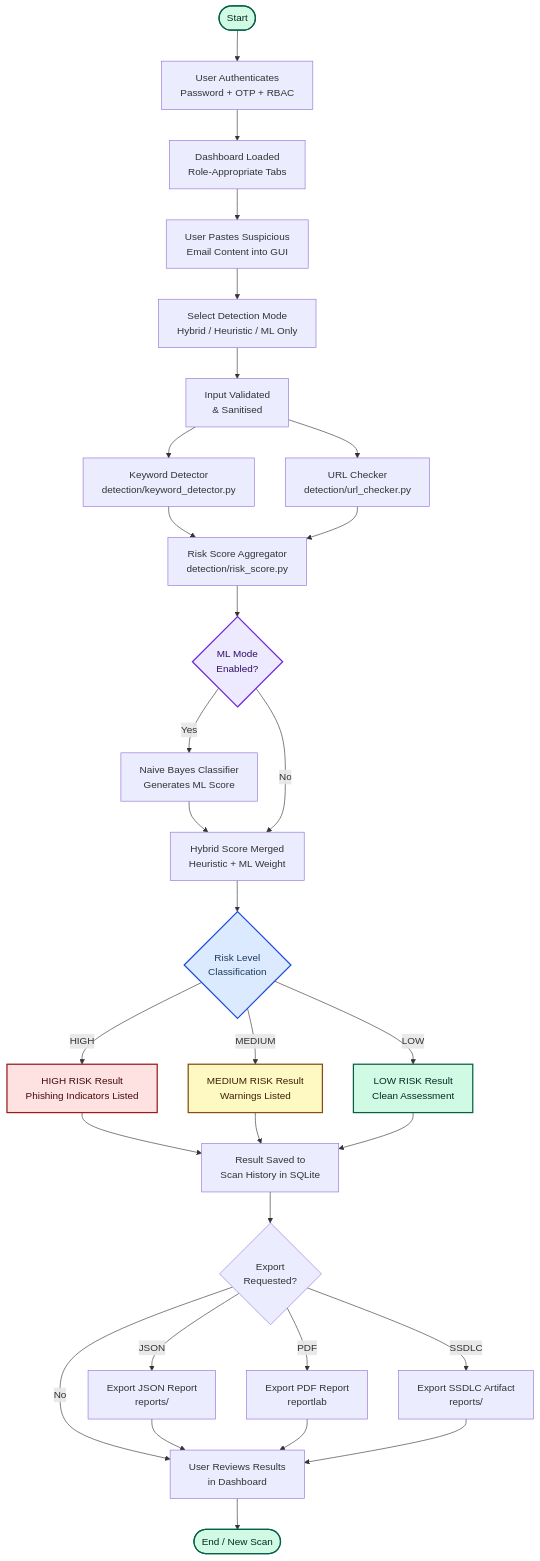
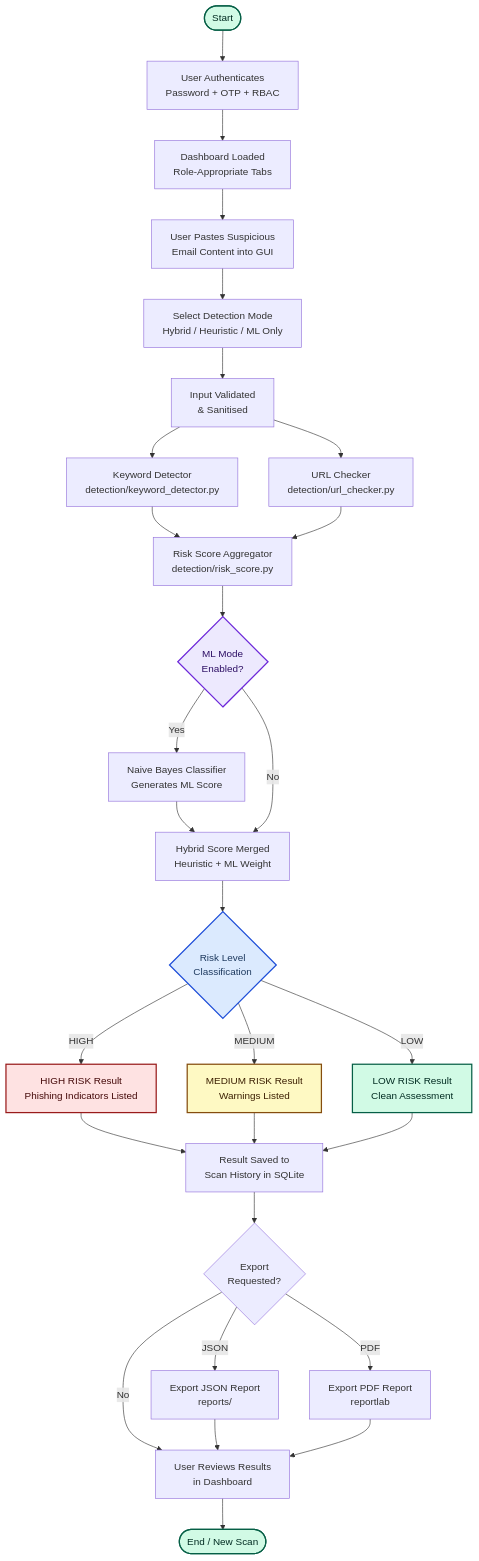
Before and after one commit to marmikkarki20-droid/Email-phishing-Detection-system: the fifth of 6 diagrams in reports/Architecture_Diagram.md, drawn with Mermaid. The commit also changed other lines of this file and 16 other files, not shown here.

````diff
--- a/reports/Architecture_Diagram.md
+++ b/reports/Architecture_Diagram.md
@@ -179,35 +245,34 @@
 ```mermaid
 flowchart TD
     A([Start]) --> B[User Authenticates\nPassword + OTP + RBAC]
     B --> C[Dashboard Loaded\nRole-Appropriate Tabs]
     C --> D[User Pastes Suspicious\nEmail Content into GUI]
     D --> E[Select Detection Mode\nHybrid / Heuristic / ML Only]
     E --> F[Input Validated\n& Sanitised]
     F --> G[Keyword Detector\ndetection/keyword_detector.py]
     F --> H[URL Checker\ndetection/url_checker.py]
     G & H --> I[Risk Score Aggregator\ndetection/risk_score.py]
     I --> J{ML Mode\nEnabled?}
     J -- Yes --> K[Naive Bayes Classifier\nGenerates ML Score]
     K --> L[Hybrid Score Merged\nHeuristic + ML Weight]
     J -- No --> L
     L --> M{Risk Level\nClassification}
     M -- HIGH --> N[HIGH RISK Result\nPhishing Indicators Listed]
     M -- MEDIUM --> O[MEDIUM RISK Result\nWarnings Listed]
     M -- LOW --> P[LOW RISK Result\nClean Assessment]
     N & O & P --> Q[Result Saved to\nScan History in SQLite]
     Q --> R{Export\nRequested?}
     R -- JSON --> S[Export JSON Report\nreports/]
     R -- PDF --> T[Export PDF Report\nreportlab]
-    R -- SSDLC --> U[Export SSDLC Artifact\nreports/]
     R -- No --> V[User Reviews Results\nin Dashboard]
-    S & T & U --> V
+    S & T --> V
     V --> W([End / New Scan])
 
     style A fill:#d1fae5,stroke:#065f46,color:#022c22,stroke-width:2px
     style W fill:#d1fae5,stroke:#065f46,color:#022c22,stroke-width:2px
     style M fill:#dbeafe,stroke:#1d4ed8,color:#1e3a5f,stroke-width:2px
     style J fill:#ede9fe,stroke:#6d28d9,color:#2e1065,stroke-width:2px
     style N fill:#fee2e2,stroke:#991b1b,color:#450a0a,stroke-width:2px
     style O fill:#fef9c3,stroke:#854d0e,color:#3b1f02,stroke-width:2px
     style P fill:#d1fae5,stroke:#065f46,color:#022c22,stroke-width:2px
 ```
````
